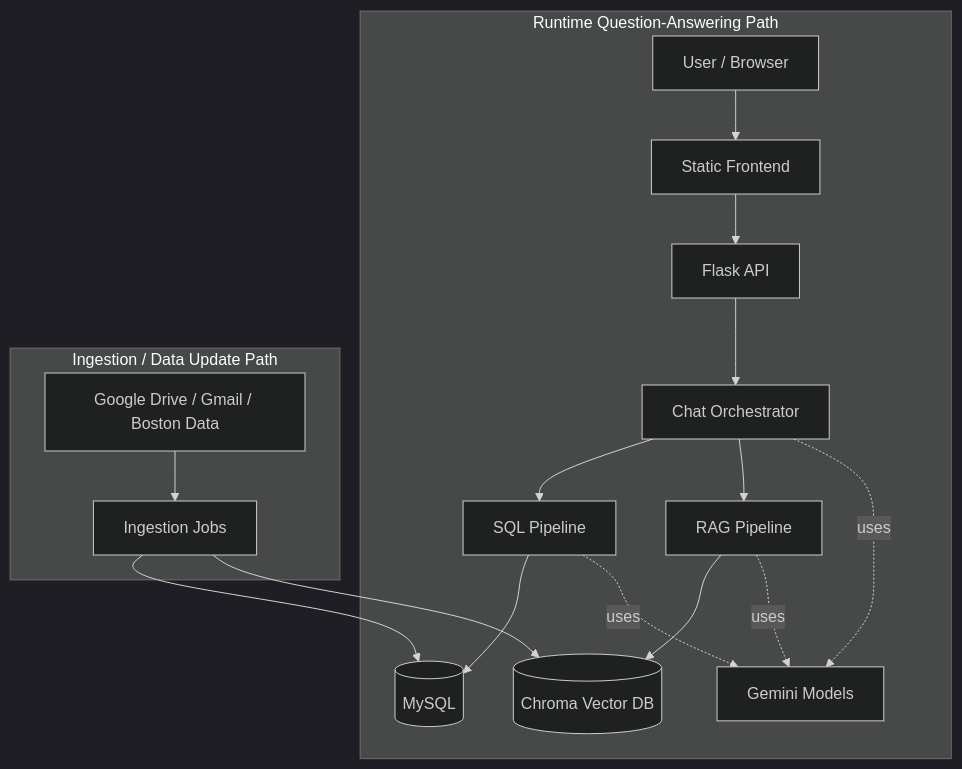
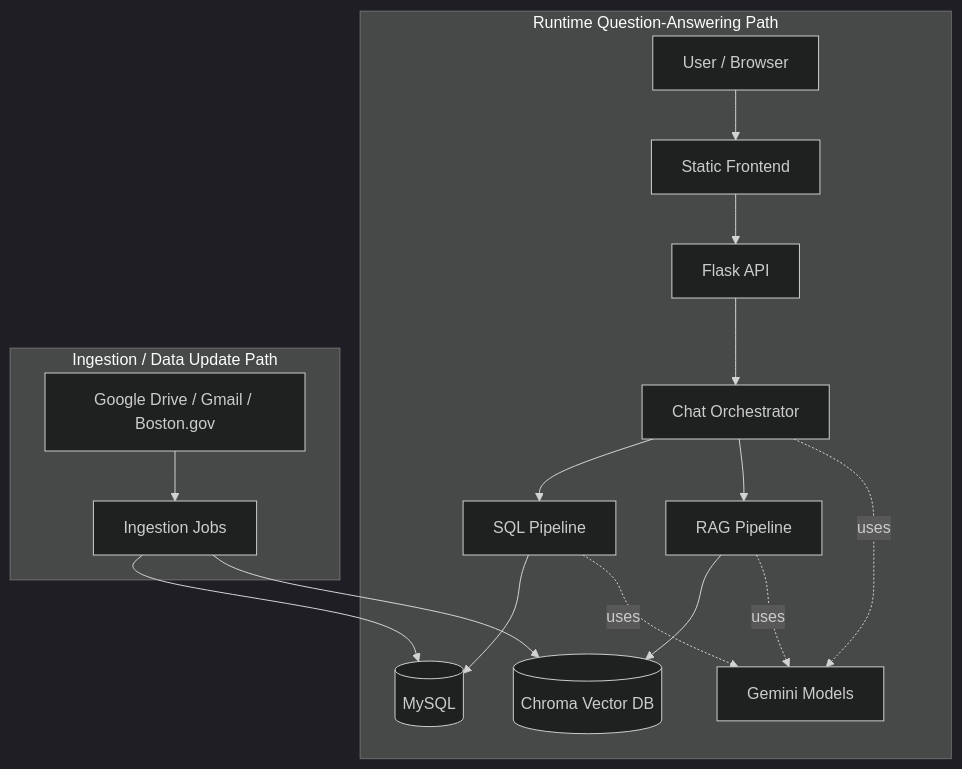
The first of 2 diagrams in system_design.md (atharvg-BU/ml-misi-community-sentiment), drawn with Mermaid (dark theme) before and after one commit.

````diff
--- a/system_design.md
+++ b/system_design.md
@@ -15,21 +15,21 @@
 ```mermaid
 flowchart TD
     subgraph Runtime["Runtime Question-Answering Path"]
         A[User / Browser] --> B[Static Frontend]
         B --> C[Flask API]
         C --> D[Chat Orchestrator]
         D --> E[SQL Pipeline]
         D --> F[RAG Pipeline]
         E --> G[(MySQL)]
         F --> H[(Chroma Vector DB)]
         D -.uses.-> I[Gemini Models]
         E -.uses.-> I
         F -.uses.-> I
     end
 
     subgraph Ingestion["Ingestion / Data Update Path"]
-        K[Google Drive / Gmail / Boston Data] --> J[Ingestion Jobs]
+        K[Google Drive / Gmail / Boston.gov] --> J[Ingestion Jobs]
         J --> G
         J --> H
     end
 ```
````
